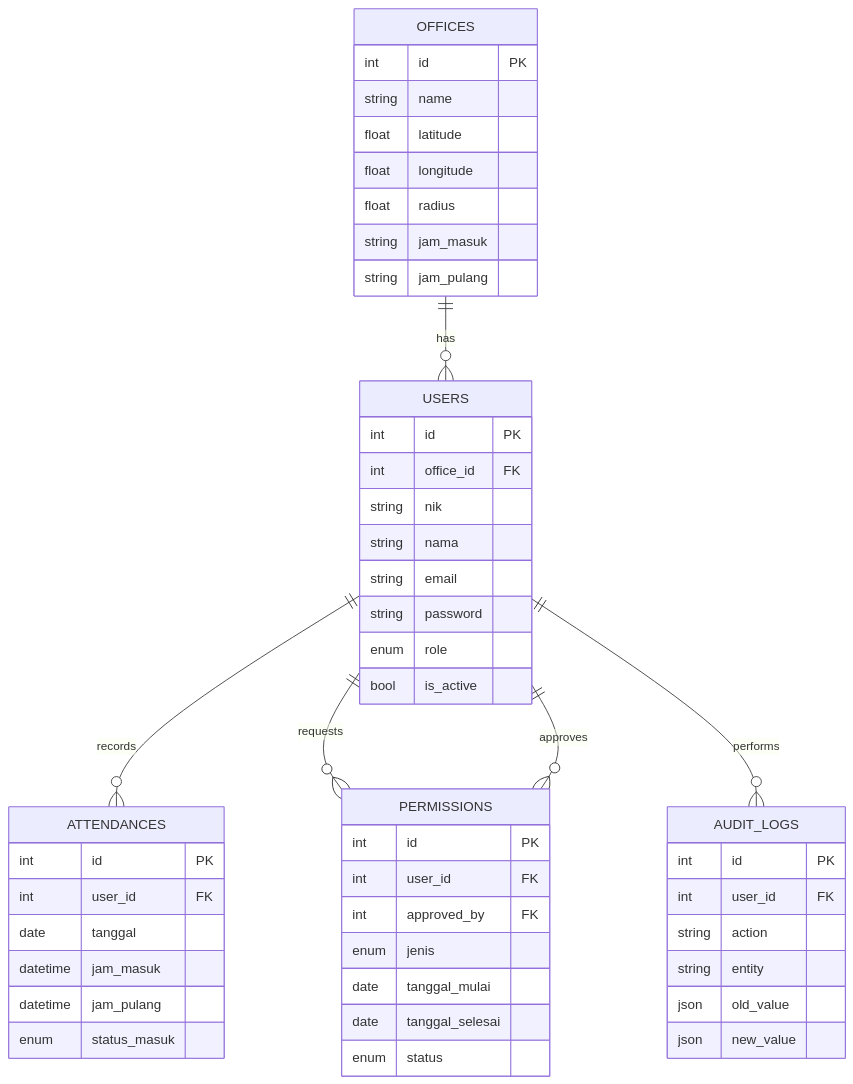
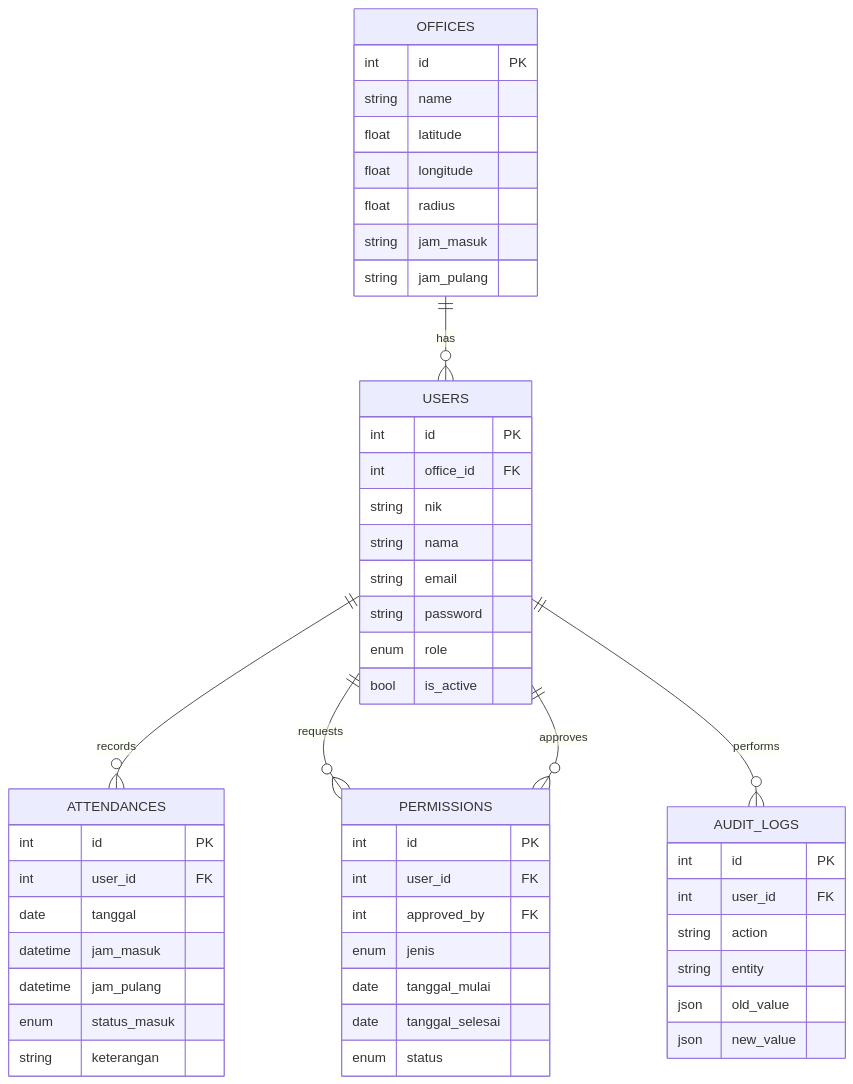
The second of 2 diagrams in README.md (112233qk/Project-Attendace), drawn with Mermaid before and after one commit. The commit also changed other lines of this file and 1 other file, not shown here.

````diff
--- a/README.md
+++ b/README.md
@@ -168,53 +173,54 @@
 ```mermaid
 erDiagram
     OFFICES ||--o{ USERS : "has"
     USERS ||--o{ ATTENDANCES : "records"
     USERS ||--o{ PERMISSIONS : "requests"
     USERS ||--o{ AUDIT_LOGS : "performs"
     USERS ||--o{ PERMISSIONS : "approves"
 
     OFFICES {
         int id PK
         string name
         float latitude
         float longitude
         float radius
         string jam_masuk
         string jam_pulang
     }
     USERS {
         int id PK
         int office_id FK
         string nik
         string nama
         string email
         string password
         enum role
         bool is_active
     }
     ATTENDANCES {
-        int id PK
-        int user_id FK
-        date tanggal
-        datetime jam_masuk
-        datetime jam_pulang
-        enum status_masuk
-    }
+    int id PK
+    int user_id FK
+    date tanggal
+    datetime jam_masuk
+    datetime jam_pulang
+    enum status_masuk
+    string keterangan
+}
     PERMISSIONS {
         int id PK
         int user_id FK
         int approved_by FK
         enum jenis
         date tanggal_mulai
         date tanggal_selesai
         enum status
     }
     AUDIT_LOGS {
         int id PK
         int user_id FK
         string action
         string entity
         json old_value
         json new_value
     }
 ```
````
